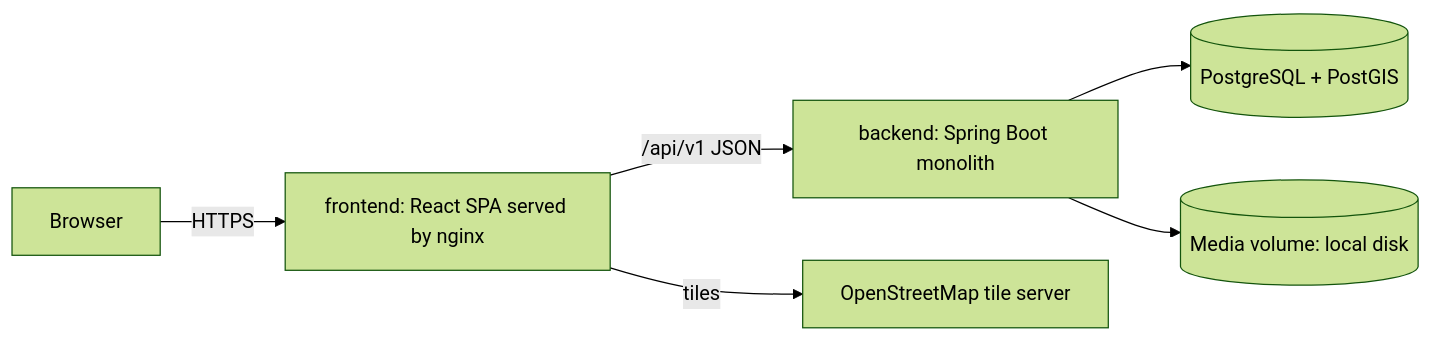
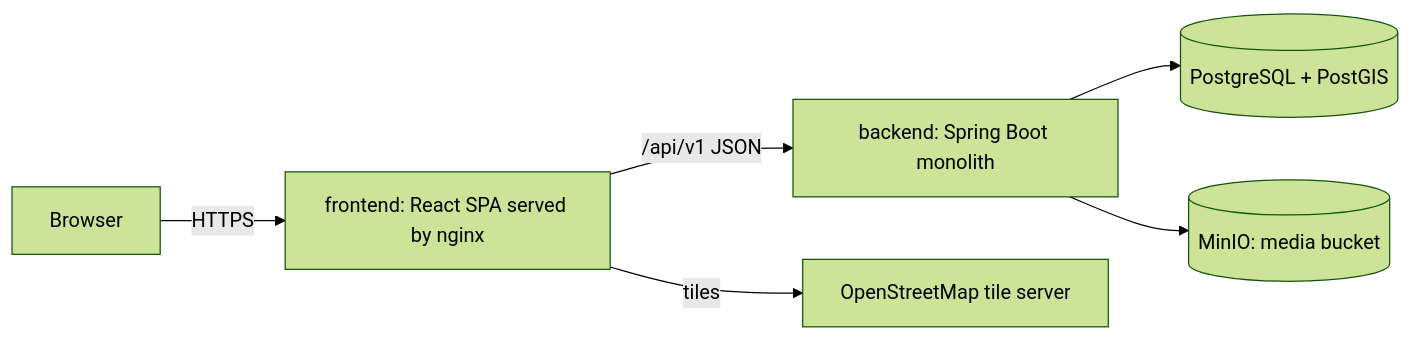
Before and after one commit to otipz19/naukma-divenet: the first of 2 diagrams in docs/ARCHITECTURE.md, drawn with Mermaid (forest theme). The commit also changed other lines of this file and 27 other files, not shown here.

Commit message:
Keep media in MinIO in the stack, and archive the change (add-object-storage)

````diff
--- a/docs/ARCHITECTURE.md
+++ b/docs/ARCHITECTURE.md
@@ -12,8 +12,8 @@
 ```mermaid
 flowchart LR
   user[Browser] -->|HTTPS| web[frontend: React SPA served by nginx]
   web -->|/api/v1 JSON| api[backend: Spring Boot monolith]
   api --> db[(PostgreSQL + PostGIS)]
-  api --> media[(Media volume: local disk)]
+  api --> media[(MinIO: media bucket)]
   web -->|tiles| osm[OpenStreetMap tile server]
 ```
````
